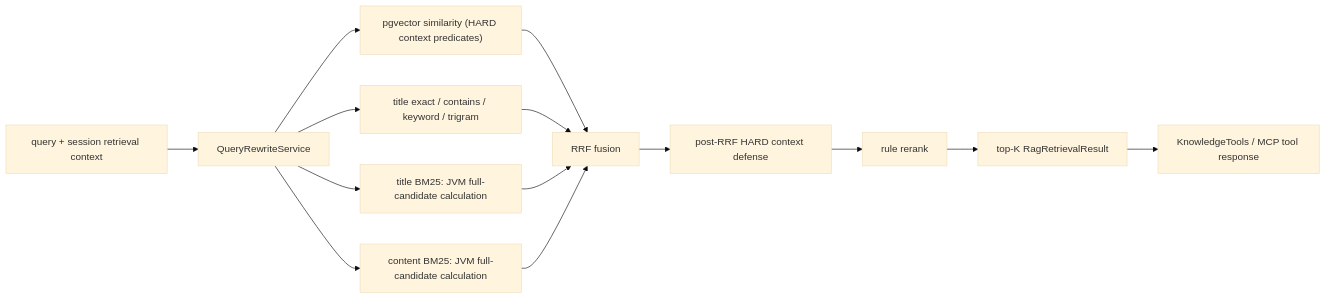
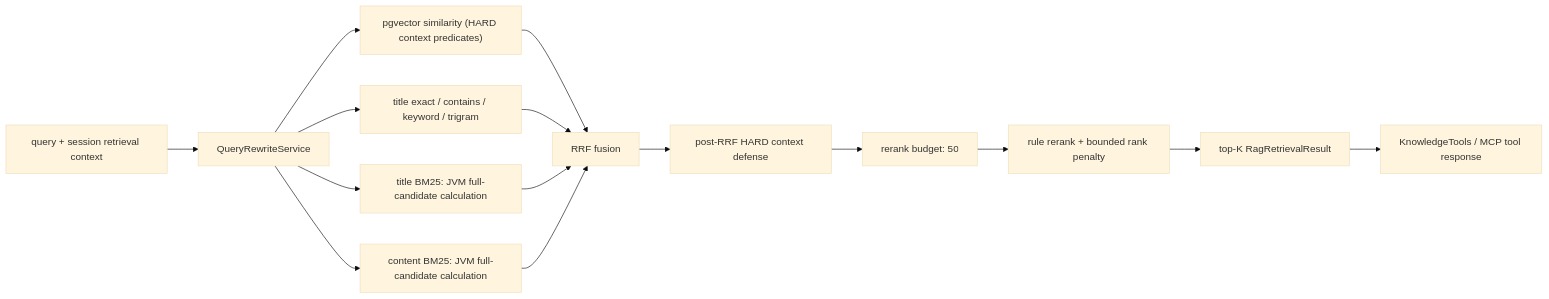
One commit to banxifu986-gif/JchatMind changed the fourth of 7 diagrams in docs/项目架构与关键链路.md. Above: the diagram before and after it, drawn with Mermaid (base theme). The commit also changed other lines of this file and 4 other files, not shown here.

````diff
--- a/docs/项目架构与关键链路.md
+++ b/docs/项目架构与关键链路.md
@@ -210,16 +210,17 @@
 ```mermaid
 flowchart LR
     Q["query + session retrieval context"] --> R["QueryRewriteService"]
     R --> V["pgvector similarity (HARD context predicates)"]
     R --> TE["title exact / contains / keyword / trigram"]
     R --> TB["title BM25: JVM full-candidate calculation"]
     R --> CB["content BM25: JVM full-candidate calculation"]
     V --> F["RRF fusion"]
     TE --> F
     TB --> F
     CB --> F
     F --> C["post-RRF HARD context defense"]
-    C --> RR["rule rerank"]
+    C --> RB["rerank budget: 50"]
+    RB --> RR["rule rerank + bounded rank penalty"]
     RR --> K["top-K RagRetrievalResult"]
     K --> KT["KnowledgeTools / MCP tool response"]
 ```
````
